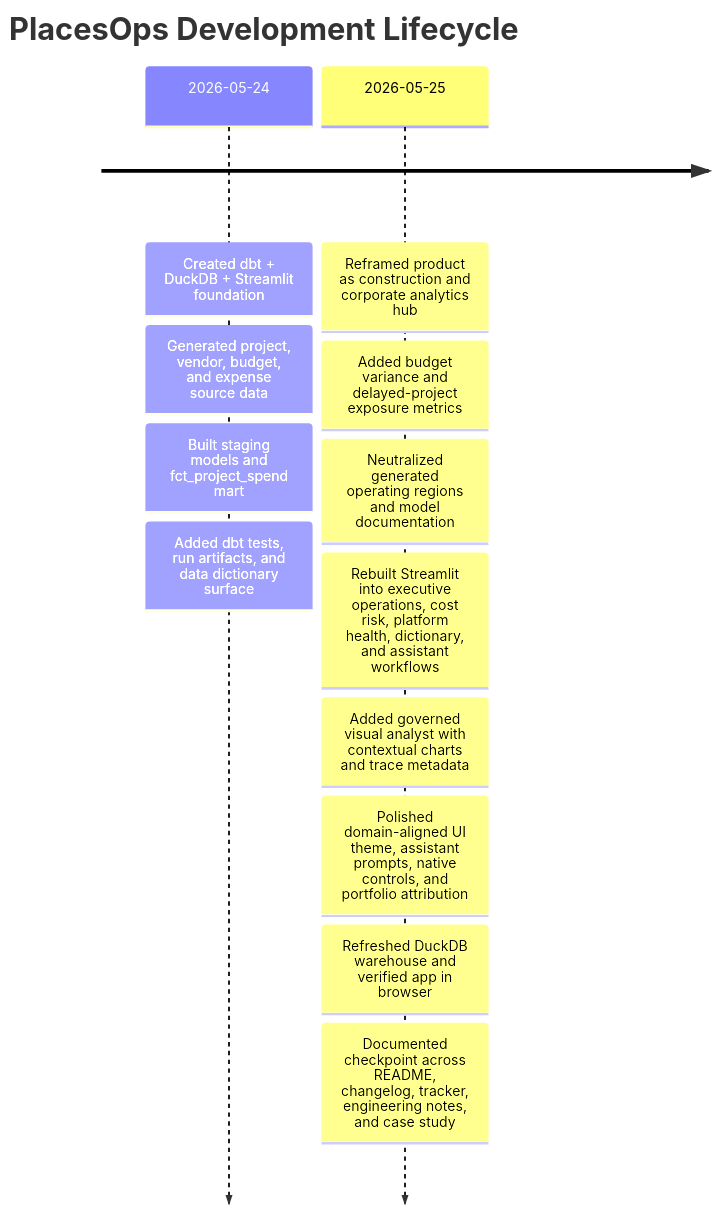
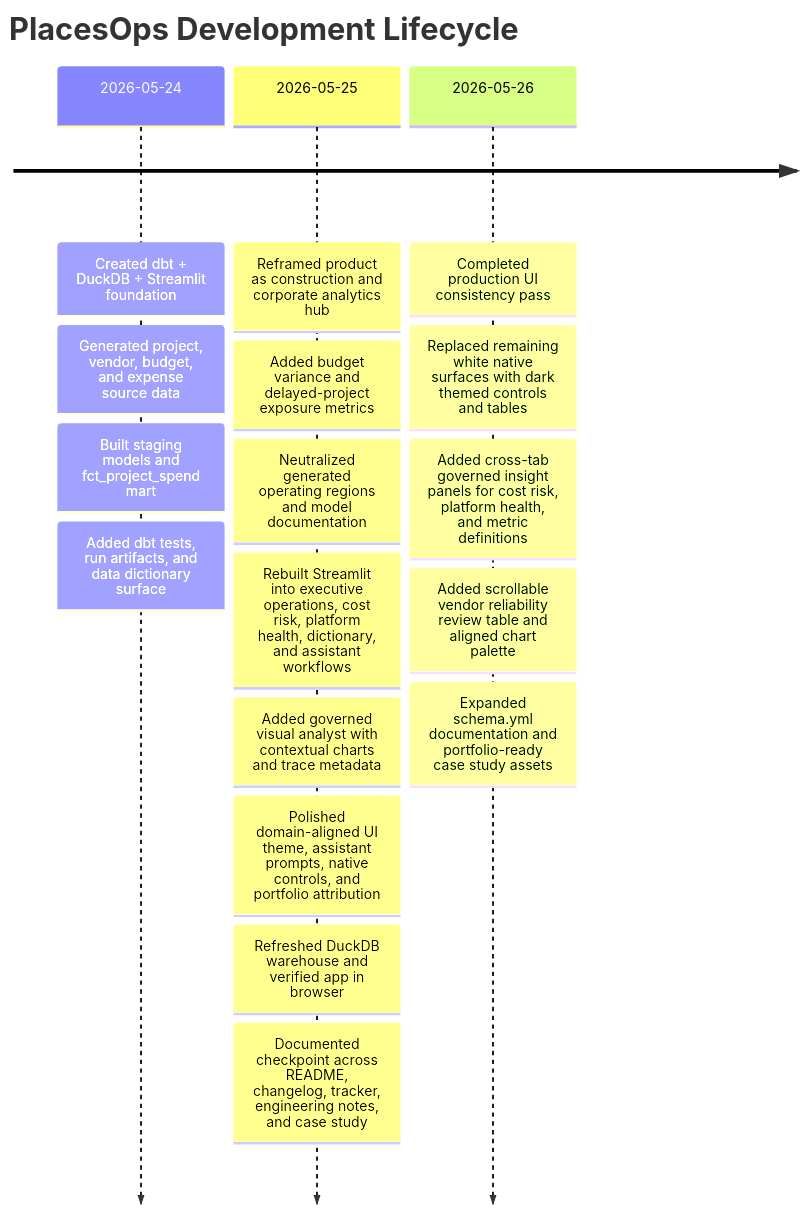
The first of 3 diagrams in docs/CASE_STUDY.md (ravi-rajpurohit-gh/places-ops), drawn with Mermaid before and after one commit. The commit also changed other lines of this file and 7 other files, not shown here.

Commit message:
Prepare PlacesOps portfolio case study

````diff
--- a/docs/CASE_STUDY.md
+++ b/docs/CASE_STUDY.md
@@ -19,16 +19,21 @@
 ```mermaid
 timeline
     title PlacesOps Development Lifecycle
     2026-05-24 : Created dbt + DuckDB + Streamlit foundation
                : Generated project, vendor, budget, and expense source data
                : Built staging models and fct_project_spend mart
                : Added dbt tests, run artifacts, and data dictionary surface
     2026-05-25 : Reframed product as construction and corporate analytics hub
                : Added budget variance and delayed-project exposure metrics
                : Neutralized generated operating regions and model documentation
                : Rebuilt Streamlit into executive operations, cost risk, platform health, dictionary, and assistant workflows
                : Added governed visual analyst with contextual charts and trace metadata
                : Polished domain-aligned UI theme, assistant prompts, native controls, and portfolio attribution
                : Refreshed DuckDB warehouse and verified app in browser
                : Documented checkpoint across README, changelog, tracker, engineering notes, and case study
+    2026-05-26 : Completed production UI consistency pass
+               : Replaced remaining white native surfaces with dark themed controls and tables
+               : Added cross-tab governed insight panels for cost risk, platform health, and metric definitions
+               : Added scrollable vendor reliability review table and aligned chart palette
+               : Expanded schema.yml documentation and portfolio-ready case study assets
 ```
````
